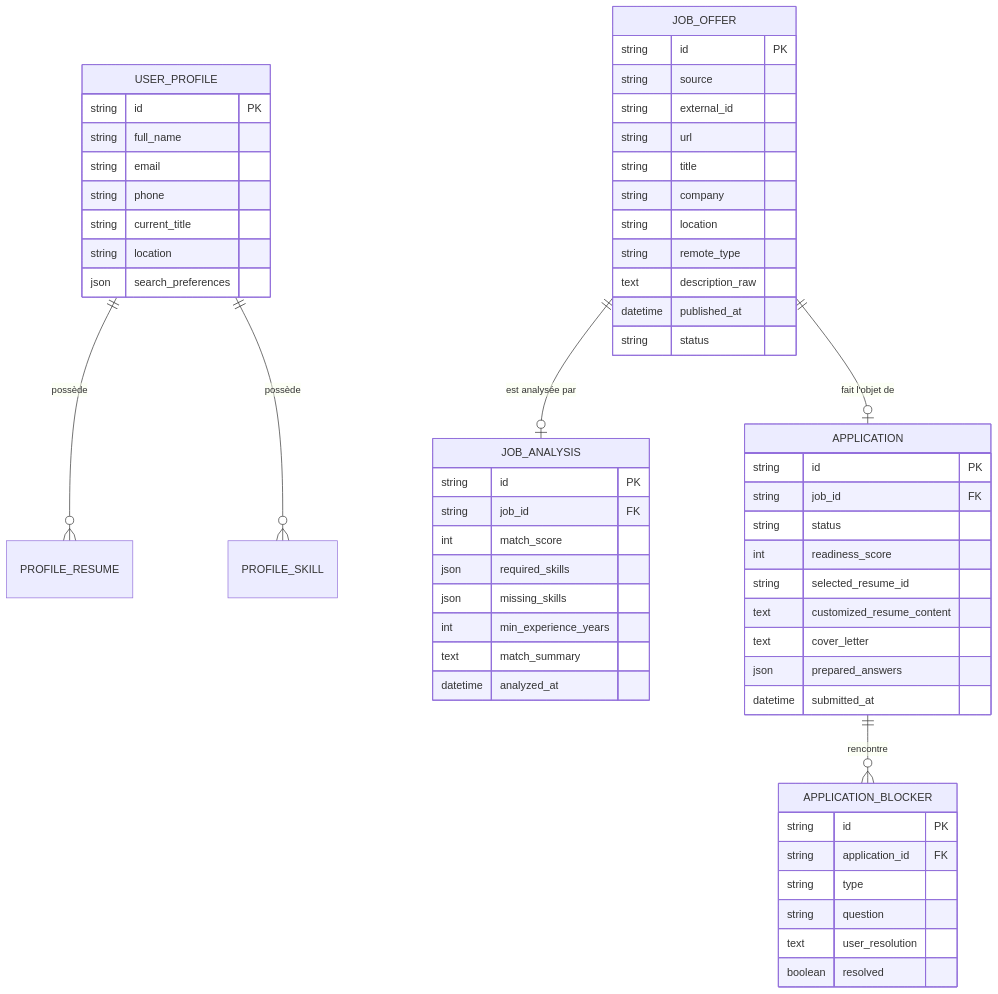
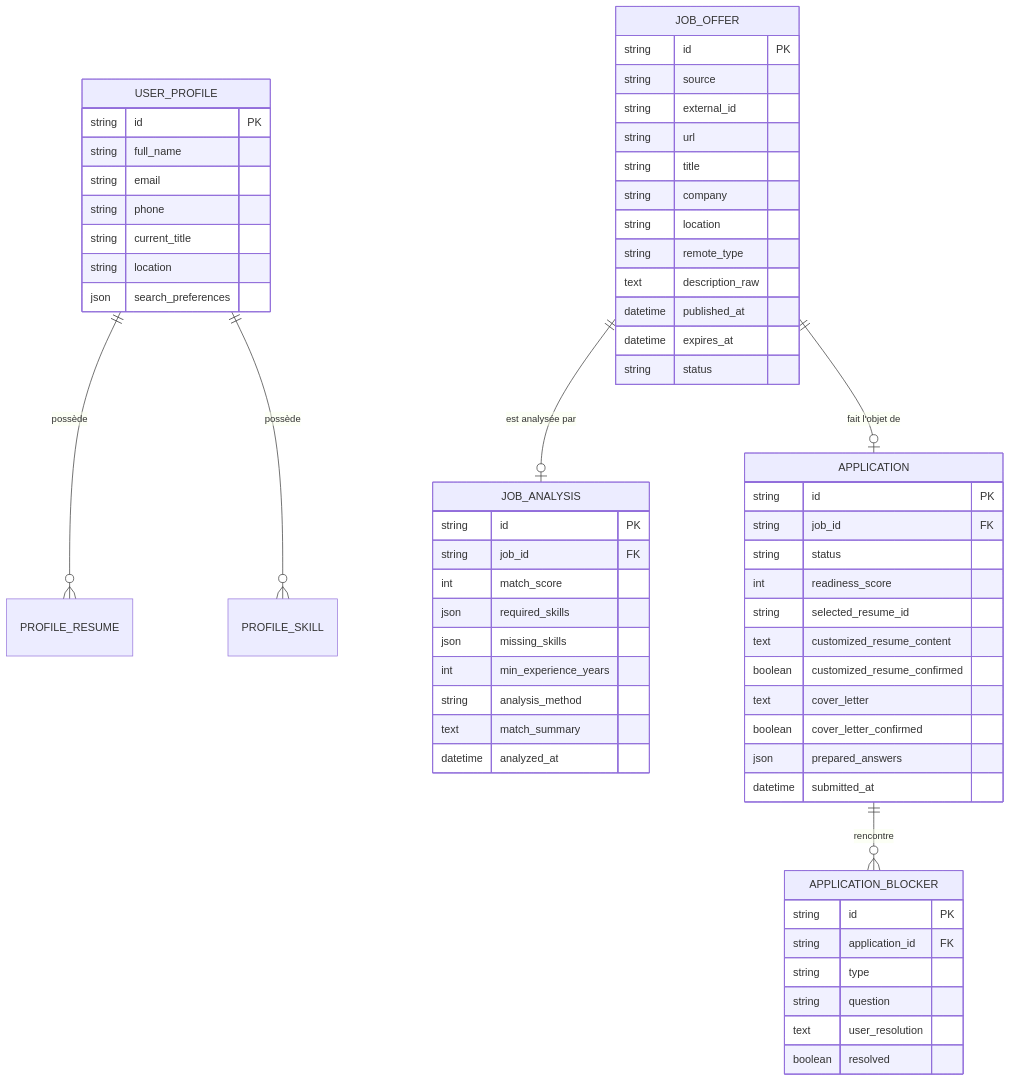
One commit to HangaWilfried/jober changed the second of 3 diagrams in docs/ARCHITECTURE.md. Above: the diagram before and after it, drawn with Mermaid. The commit also changed other lines of this file and 41 other files, not shown here.

````diff
--- a/docs/ARCHITECTURE.md
+++ b/docs/ARCHITECTURE.md
@@ -64,64 +67,68 @@
 ```mermaid
 erDiagram
     USER_PROFILE ||--o{ PROFILE_RESUME : "possède"
     USER_PROFILE ||--o{ PROFILE_SKILL : "possède"
     JOB_OFFER ||--o| JOB_ANALYSIS : "est analysée par"
     JOB_OFFER ||--o| APPLICATION : "fait l'objet de"
     APPLICATION ||--o{ APPLICATION_BLOCKER : "rencontre"
 
     USER_PROFILE {
         string id PK
         string full_name
         string email
         string phone
         string current_title
         string location
         json search_preferences
     }
 
     JOB_OFFER {
         string id PK
         string source
         string external_id
         string url
         string title
         string company
         string location
         string remote_type
         text description_raw
         datetime published_at
+        datetime expires_at
         string status
     }
 
     JOB_ANALYSIS {
         string id PK
         string job_id FK
         int match_score
         json required_skills
         json missing_skills
         int min_experience_years
+        string analysis_method
         text match_summary
         datetime analyzed_at
     }
 
     APPLICATION {
         string id PK
         string job_id FK
         string status
         int readiness_score
         string selected_resume_id
         text customized_resume_content
+        boolean customized_resume_confirmed
         text cover_letter
+        boolean cover_letter_confirmed
         json prepared_answers
         datetime submitted_at
     }
 
     APPLICATION_BLOCKER {
         string id PK
         string application_id FK
         string type
         string question
         text user_resolution
         boolean resolved
     }
 ```
````
